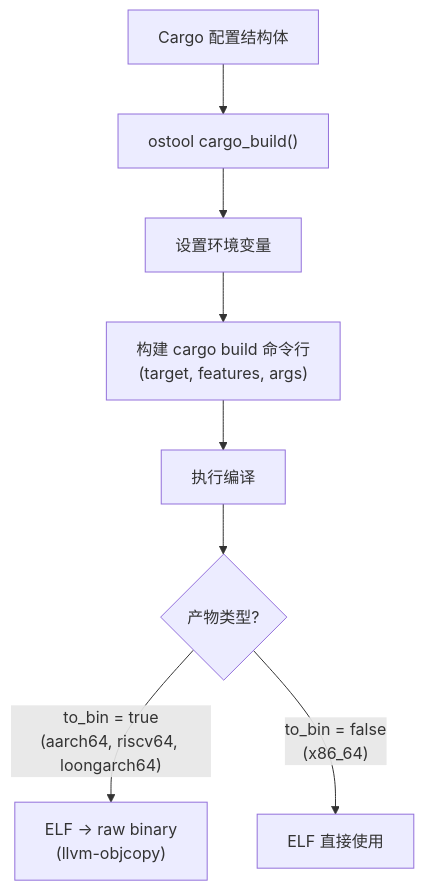
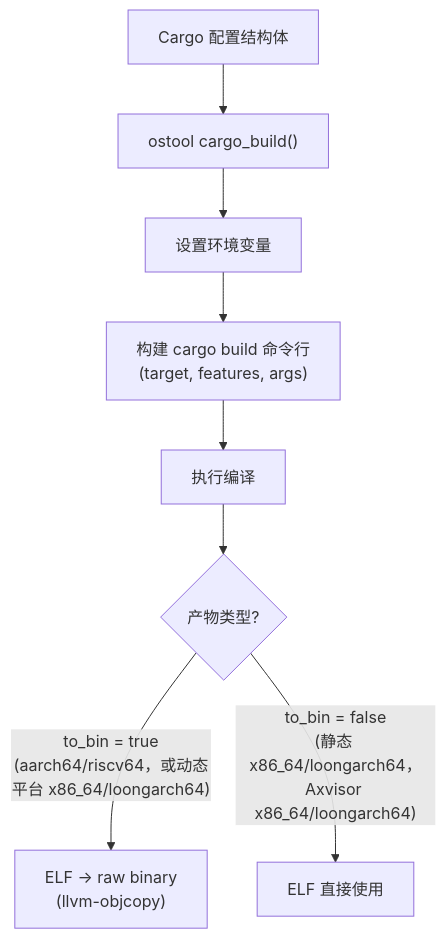
One commit to rcore-os/tgoskits changed the eighth of 8 diagrams in docs/docs/build/build.md. Above: the diagram before and after it, drawn with Mermaid. The commit also changed other lines of this file and 8 other files, not shown here.

````diff
--- a/docs/docs/build/build.md
+++ b/docs/docs/build/build.md
@@ -291,10 +293,10 @@
 ```mermaid
 flowchart TD
     A["Cargo 配置结构体"] --> B["ostool cargo_build()"]
     B --> C["设置环境变量"]
     C --> D["构建 cargo build 命令行<br/>(target, features, args)"]
     D --> E["执行编译"]
     E --> F{产物类型?}
-    F -->|"to_bin = true<br/>(aarch64, riscv64, loongarch64)"| G["ELF → raw binary<br/>(llvm-objcopy)"]
-    F -->|"to_bin = false<br/>(x86_64)"| H["ELF 直接使用"]
+    F -->|"to_bin = true<br/>(aarch64/riscv64，或动态平台 x86_64/loongarch64)"| G["ELF → raw binary<br/>(llvm-objcopy)"]
+    F -->|"to_bin = false<br/>(静态 x86_64/loongarch64，Axvisor x86_64/loongarch64)"| H["ELF 直接使用"]
 ```
````
